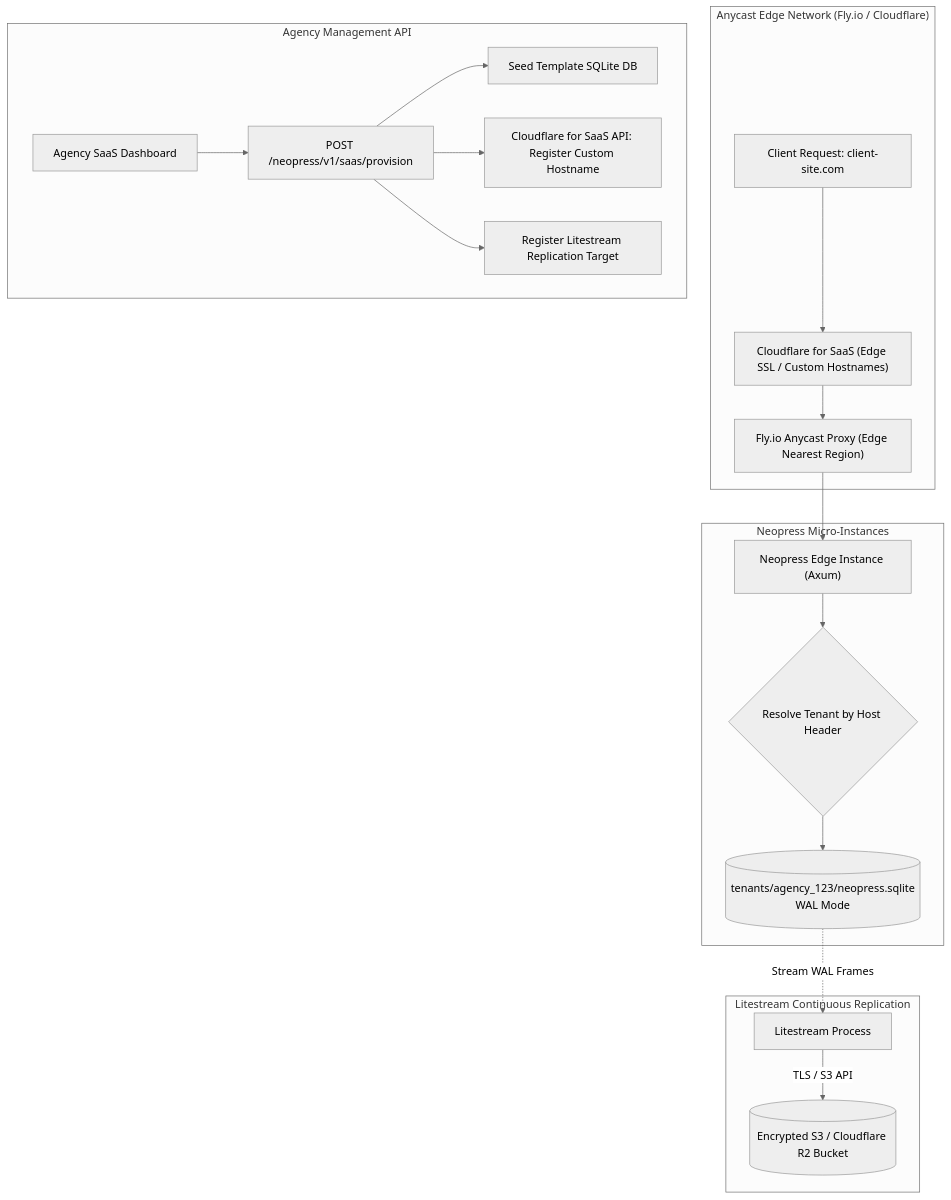
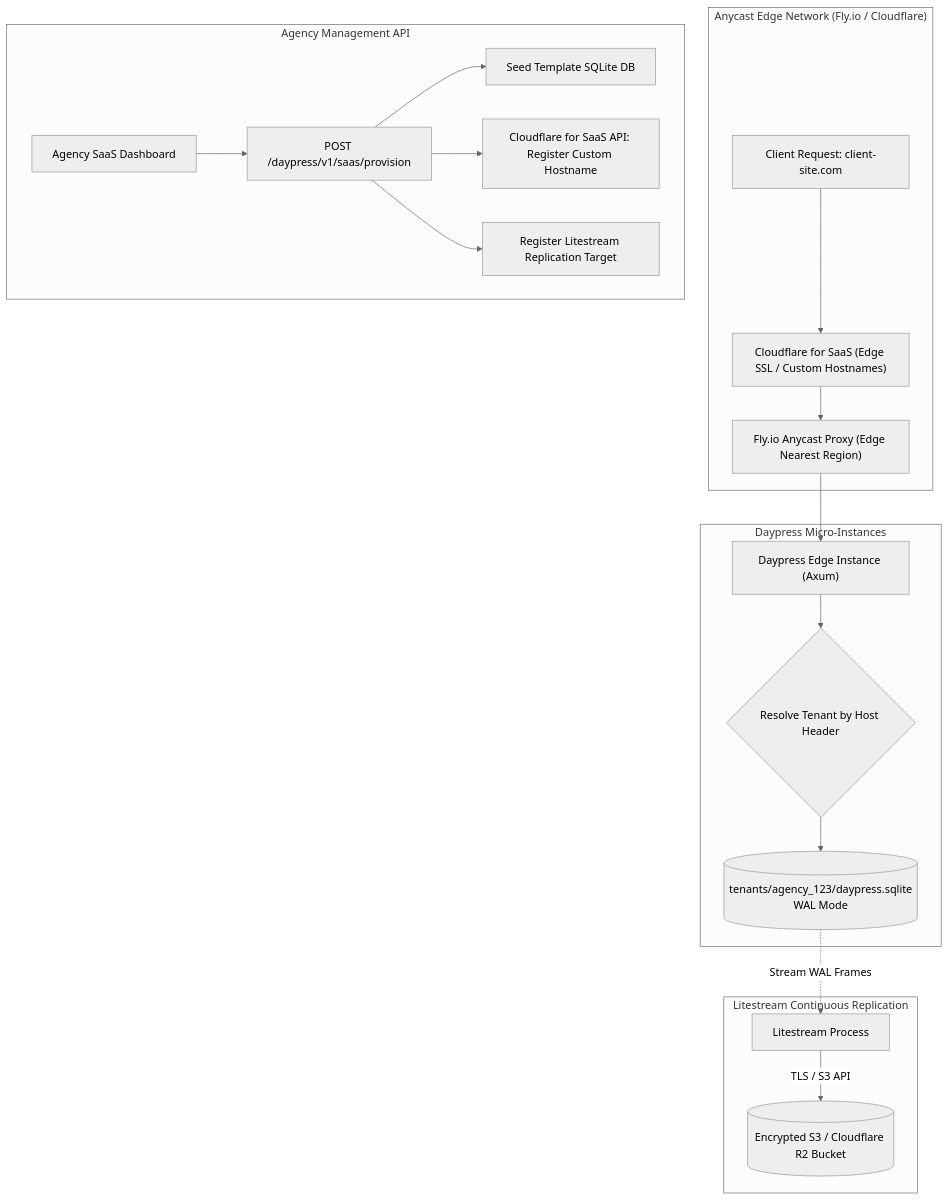
Before and after one commit to Trooper-lab/Daypress: the fifth of 10 diagrams in ARCHITECTURE.md, drawn with Mermaid (neutral theme). The commit also changed other lines of this file and 704 other files, not shown here.

First line of the commit message:
feat!: rebrand Neopress to Daypress (#4)

````diff
--- a/ARCHITECTURE.md
+++ b/ARCHITECTURE.md
@@ -454,25 +454,25 @@
 ```mermaid
 flowchart TD
     subgraph GlobalEdge ["Anycast Edge Network (Fly.io / Cloudflare)"]
         ClientReq["Client Request: client-site.com"] --> CF["Cloudflare for SaaS (Edge SSL / Custom Hostnames)"]
         CF --> FlyProxy["Fly.io Anycast Proxy (Edge Nearest Region)"]
     end
 
-    subgraph Compute ["Neopress Micro-Instances"]
-        FlyProxy --> Machine["Neopress Edge Instance (Axum)"]
+    subgraph Compute ["Daypress Micro-Instances"]
+        FlyProxy --> Machine["Daypress Edge Instance (Axum)"]
         Machine --> TenantResolve{"Resolve Tenant by Host Header"}
-        TenantResolve --> TenantDB[("tenants/agency_123/neopress.sqlite\nWAL Mode")]
+        TenantResolve --> TenantDB[("tenants/agency_123/daypress.sqlite\nWAL Mode")]
     end
 
     subgraph Replication ["Litestream Continuous Replication"]
         TenantDB -.->|Stream WAL Frames| LitestreamDaemon["Litestream Process"]
         LitestreamDaemon -->|TLS / S3 API| ObjectStore[("Encrypted S3 / Cloudflare R2 Bucket")]
     end
 
     subgraph Management ["Agency Management API"]
-        AgencyPortal["Agency SaaS Dashboard"] --> ProvisionAPI["POST /neopress/v1/saas/provision"]
+        AgencyPortal["Agency SaaS Dashboard"] --> ProvisionAPI["POST /daypress/v1/saas/provision"]
         ProvisionAPI --> InitDB["Seed Template SQLite DB"]
         ProvisionAPI --> CFAPI["Cloudflare for SaaS API: Register Custom Hostname"]
         ProvisionAPI --> InitLitestream["Register Litestream Replication Target"]
     end
 ```
````
